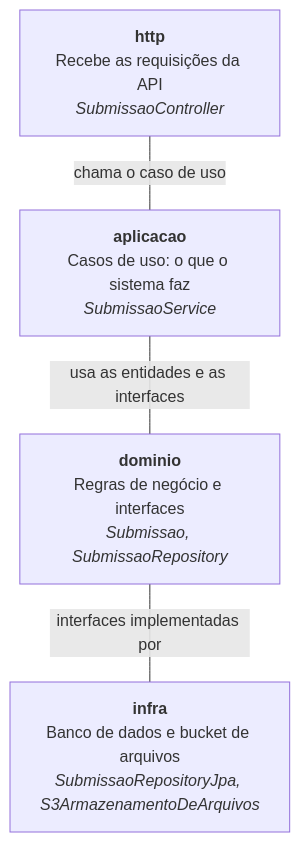
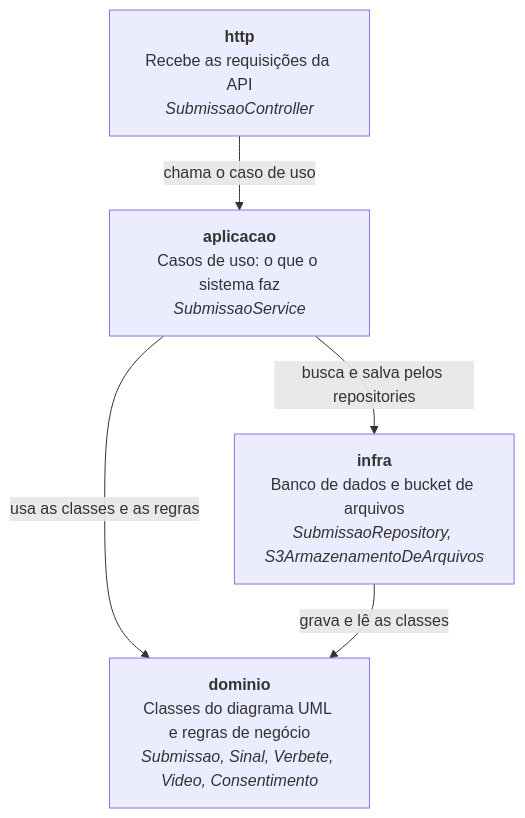
Before and after one commit to Trabalho-AMS/dicionario-libras: the diagram in apresentacao.md, drawn with Mermaid. The commit also changed other lines of this file and 1 other file, not shown here.

Commit message:
Atualiza o diagrama de camadas: repositories em infra

````diff
--- a/apresentacao.md
+++ b/apresentacao.md
@@ -120,11 +122,12 @@
 ```mermaid
 flowchart TB
     http["<b>http</b><br/>Recebe as requisições da API<br/><i>SubmissaoController</i>"]
     aplicacao["<b>aplicacao</b><br/>Casos de uso: o que o sistema faz<br/><i>SubmissaoService</i>"]
-    dominio["<b>dominio</b><br/>Regras de negócio e interfaces<br/><i>Submissao, SubmissaoRepository</i>"]
-    infra["<b>infra</b><br/>Banco de dados e bucket de arquivos<br/><i>SubmissaoRepositoryJpa, S3ArmazenamentoDeArquivos</i>"]
+    infra["<b>infra</b><br/>Banco de dados e bucket de arquivos<br/><i>SubmissaoRepository, S3ArmazenamentoDeArquivos</i>"]
+    dominio["<b>dominio</b><br/>Classes do diagrama UML e regras de negócio<br/><i>Submissao, Sinal, Verbete, Video, Consentimento</i>"]
 
-    http ---|"chama o caso de uso"| aplicacao
-    aplicacao ---|"usa as entidades e as interfaces"| dominio
-    dominio ---|"interfaces implementadas por"| infra
+    http -->|"chama o caso de uso"| aplicacao
+    aplicacao -->|"busca e salva pelos repositories"| infra
+    aplicacao -->|"usa as classes e as regras"| dominio
+    infra -->|"grava e lê as classes"| dominio
 ```
````
